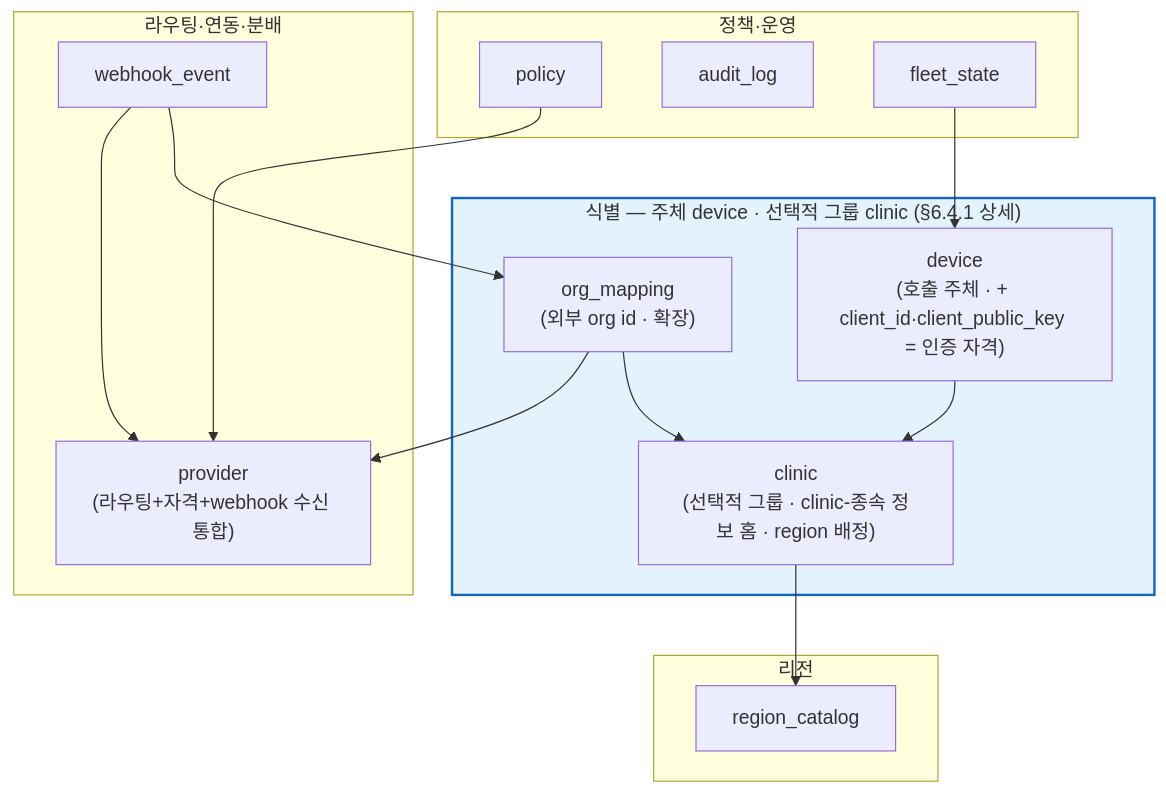
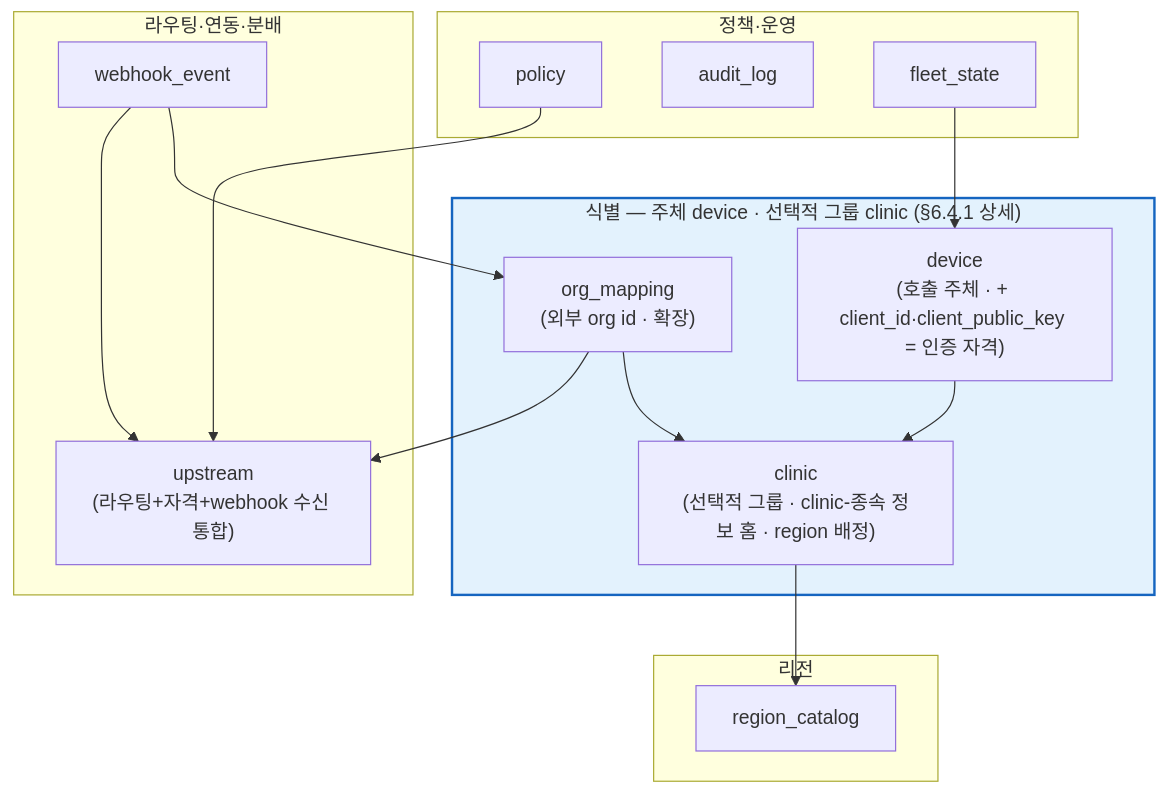
Before and after one commit to gracegyu/scp-architecture: diagram 18 of 18 in docs/VT_API_Gateway/08.VT_API_Gateway/specs/03-srs-gateway/SRS.md, drawn with Mermaid. The commit also changed other lines of this file and 8 other files, not shown here.

Commit message:
문서 업데이트: VT API Gateway의 API 명세에서 문서 버전을 v0.7로 업데이트하고, 연동 대상 테이블명을 `Provider`에서 `Upstream`으로 변경하였습니다. 이 변경은 데이터 모델의 일관성을 강화하고, 관련 SRS 및 OpenAPI 문서에서의 참조를 업데이트하여 시스템 아키텍처의 명확성을 높였습니다. 또한, 정책 및 데이터 흐름에 대한 설명을 보강하여 이해도를 증진하였습니다.

````diff
--- a/docs/VT_API_Gateway/08.VT_API_Gateway/specs/03-srs-gateway/SRS.md
+++ b/docs/VT_API_Gateway/08.VT_API_Gateway/specs/03-srs-gateway/SRS.md
@@ -1334,30 +1334,30 @@
 ```mermaid
 flowchart TB
     subgraph ID["식별 — 주체 device · 선택적 그룹 clinic (§6.4.1 상세)"]
         DEV["device<br/>(호출 주체 · + client_id·client_public_key = 인증 자격)"]
         CLI["clinic<br/>(선택적 그룹 · clinic-종속 정보 홈 · region 배정)"]
         ORG["org_mapping<br/>(외부 org id · 확장)"]
     end
     subgraph RGN["리전"]
         RC[region_catalog]
     end
     subgraph DISP["라우팅·연동·분배"]
-        PROV["provider<br/>(라우팅+자격+webhook 수신 통합)"]
+        UPS["upstream<br/>(라우팅+자격+webhook 수신 통합)"]
         WE[webhook_event]
     end
     subgraph OPS["정책·운영"]
         POL[policy]
         AUD[audit_log]
         FLEET[fleet_state]
     end
 
     DEV --> CLI
     ORG --> CLI
-    ORG --> PROV
+    ORG --> UPS
     CLI --> RC
     WE --> ORG
-    WE --> PROV
+    WE --> UPS
     FLEET --> DEV
-    POL --> PROV
+    POL --> UPS
     style ID fill:#e3f2fd,stroke:#1565c0,stroke-width:2px
 ```
````
